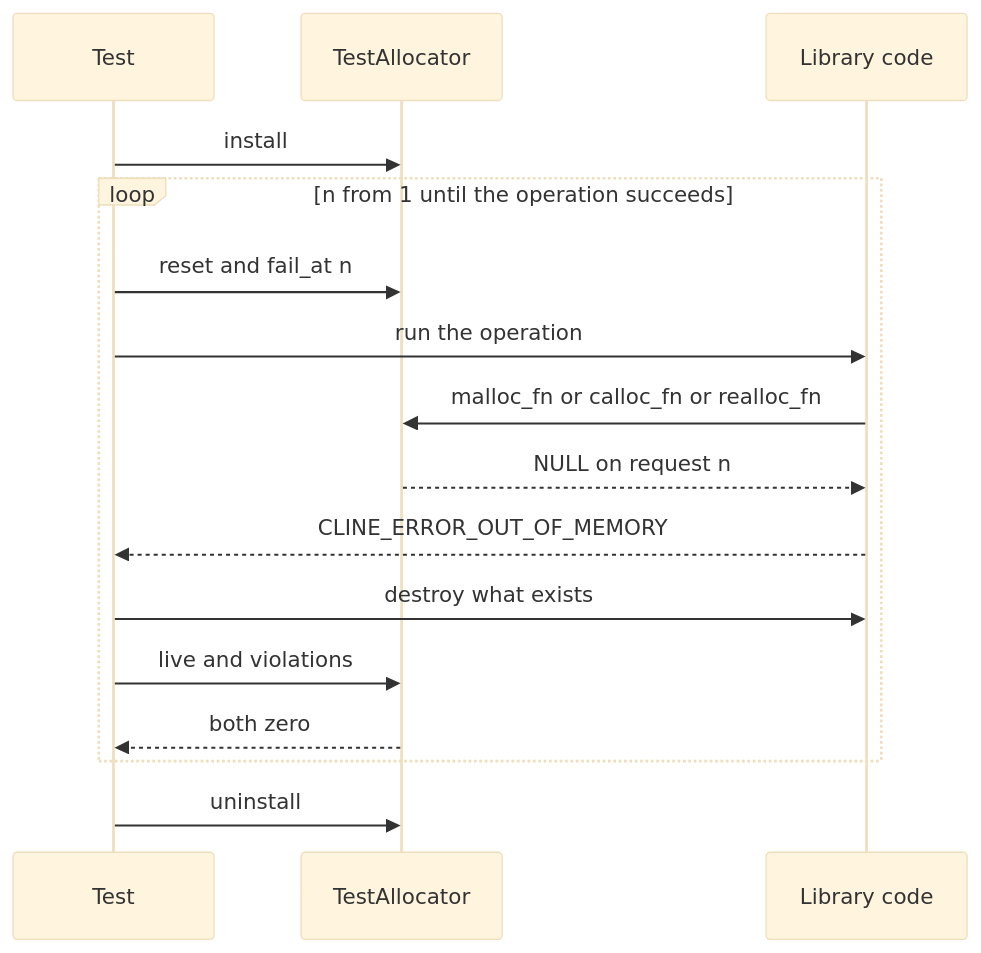
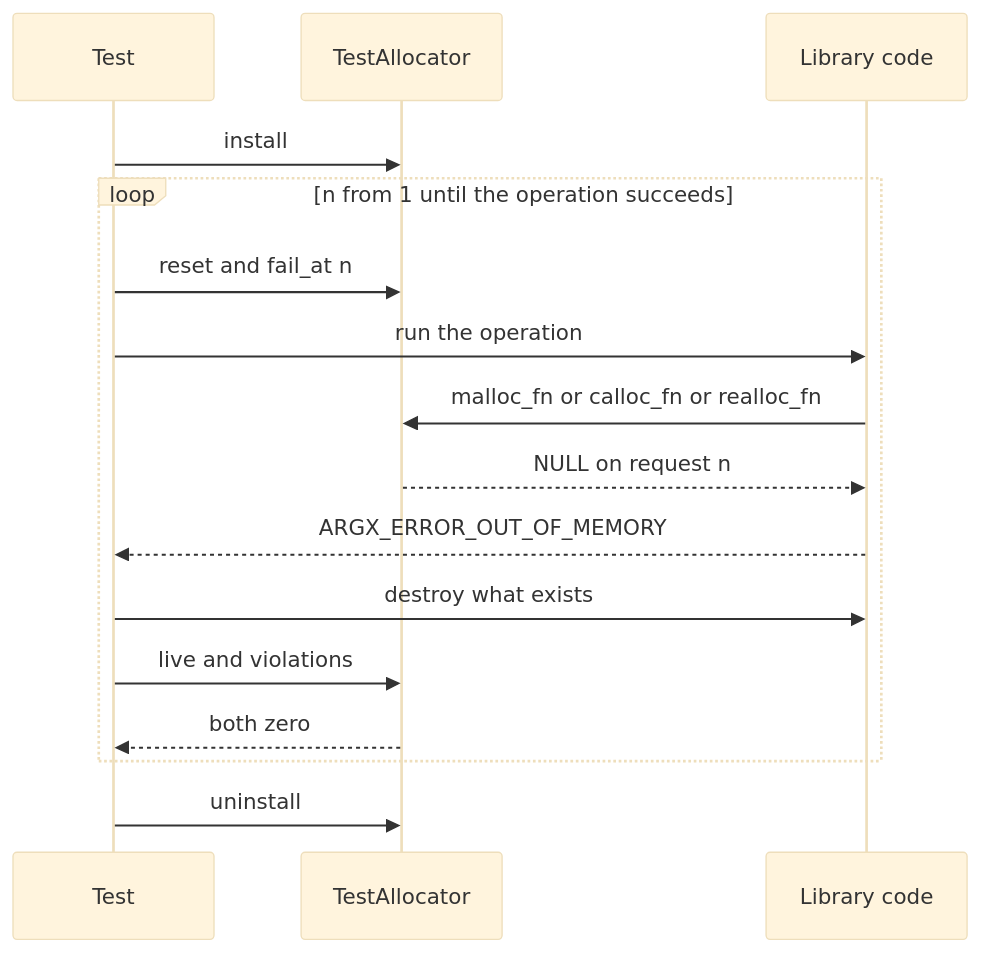
The second of 2 diagrams in .kiro/specs/core-runtime/design.md (ktdevx/cargs), drawn with Mermaid (base theme) before and after one commit. The commit also changed other lines of this file and 177 other files, not shown here.

````diff
--- a/.kiro/specs/core-runtime/design.md
+++ b/.kiro/specs/core-runtime/design.md
@@ -190,18 +190,18 @@
 ```mermaid
 sequenceDiagram
     participant Test
     participant TA as TestAllocator
     participant Lib as Library code
     Test->>TA: install
     loop n from 1 until the operation succeeds
         Test->>TA: reset and fail_at n
         Test->>Lib: run the operation
         Lib->>TA: malloc_fn or calloc_fn or realloc_fn
         TA-->>Lib: NULL on request n
-        Lib-->>Test: CLINE_ERROR_OUT_OF_MEMORY
+        Lib-->>Test: ARGX_ERROR_OUT_OF_MEMORY
         Test->>Lib: destroy what exists
         Test->>TA: live and violations
         TA-->>Test: both zero
     end
     Test->>TA: uninstall
 ```
````
